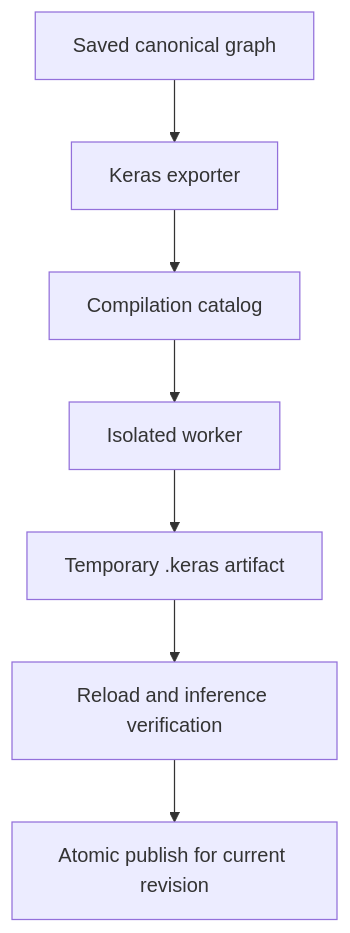
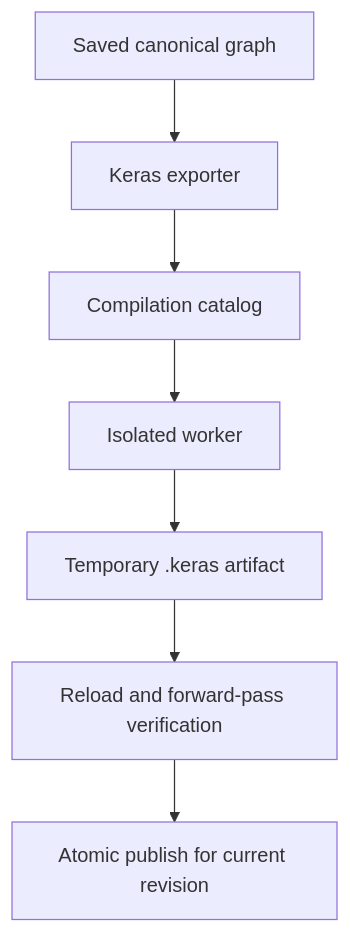
Before and after one commit to CTCycle/Neuro-Weave-Studio: the seventh of 9 diagrams in assets/docs/architecture/model_execution_profile.md, drawn with Mermaid. The commit also changed other lines of this file and 19 other files, not shown here.

````diff
--- a/assets/docs/architecture/model_execution_profile.md
+++ b/assets/docs/architecture/model_execution_profile.md
@@ -112,9 +112,9 @@
 ```mermaid
 flowchart TD
   G[Saved canonical graph] --> K[Keras exporter]
   K --> C[Compilation catalog]
   C --> W[Isolated worker]
   W --> A[Temporary .keras artifact]
-  A --> L[Reload and inference verification]
+  A --> L[Reload and forward-pass verification]
   L --> P[Atomic publish for current revision]
 ```
````
